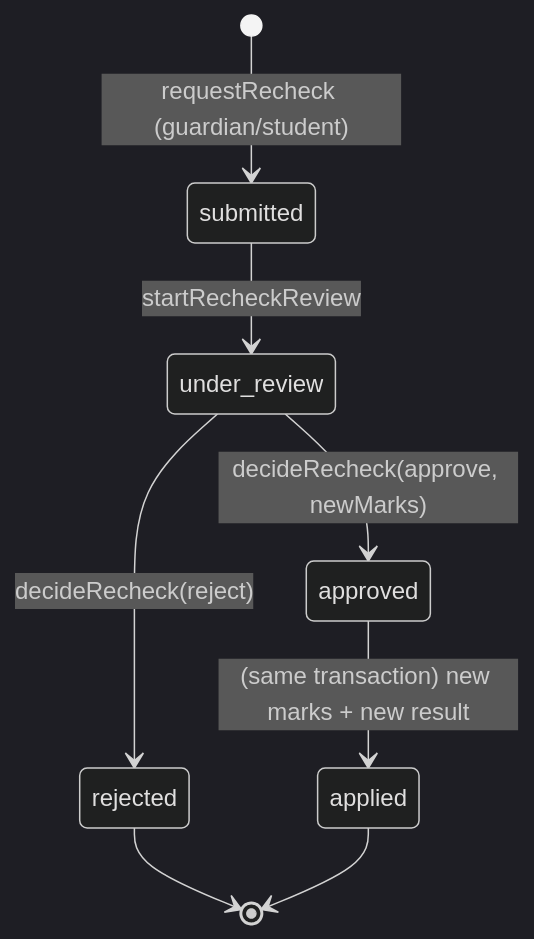
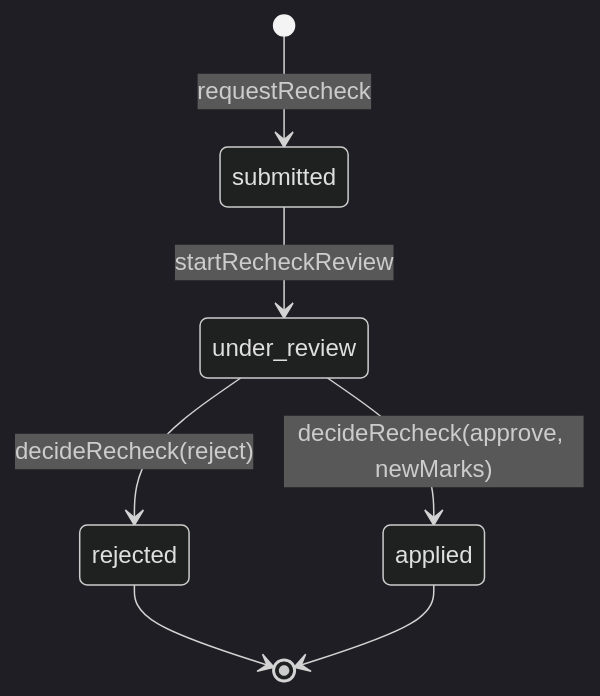
One commit to safdarjung/DEvin_Cloud_Repo changed the fourth of 5 diagrams in docs/planning/coolskool/06-workflows-and-contracts.md. Above: the diagram before and after it, drawn with Mermaid (dark theme). The commit also changed other lines of this file and 19 other files, not shown here.

````diff
--- a/docs/planning/coolskool/06-workflows-and-contracts.md
+++ b/docs/planning/coolskool/06-workflows-and-contracts.md
@@ -126,10 +179,9 @@
 ```mermaid
 stateDiagram-v2
-  [*] --> submitted: requestRecheck (guardian/student)
+  [*] --> submitted: requestRecheck
   submitted --> under_review: startRecheckReview
-  under_review --> approved: decideRecheck(approve, newMarks)
+  under_review --> applied: decideRecheck(approve, newMarks)
   under_review --> rejected: decideRecheck(reject)
-  approved --> applied: (same transaction) new marks + new result
   rejected --> [*]
   applied --> [*]
 ```
````
